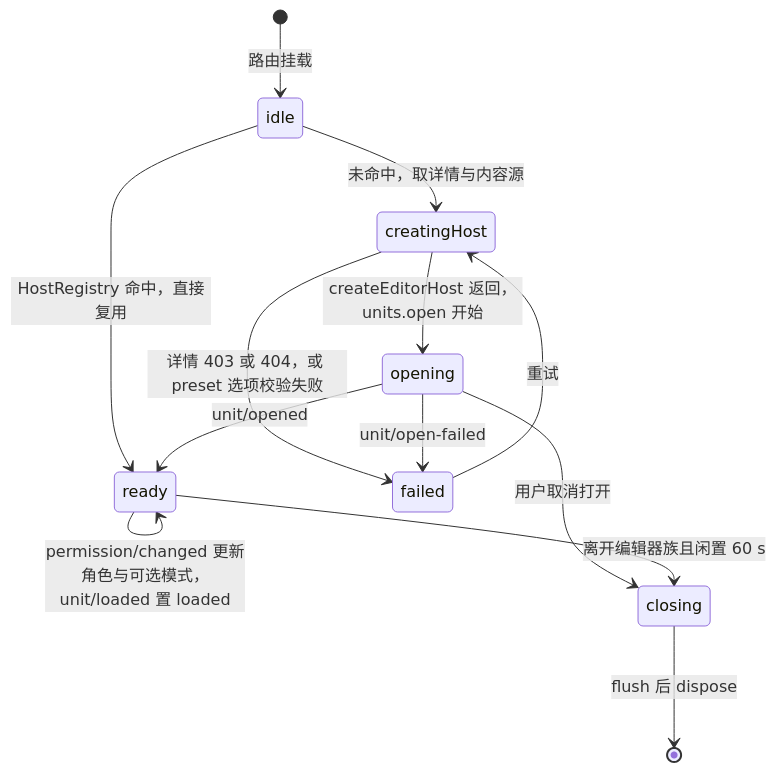
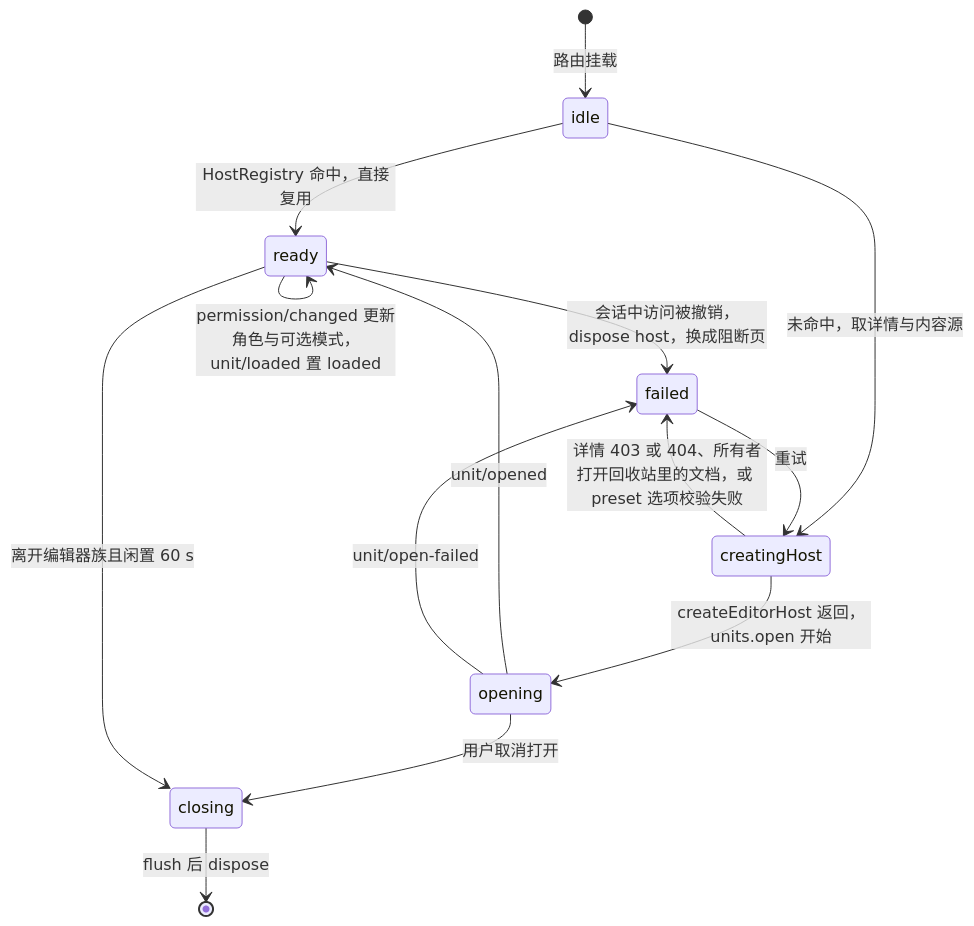
The fifth of 9 diagrams in docs/50-frontend/02-app-shell-routing-and-session.md (Xeonice/cordis-ppt-editor), drawn with Mermaid before and after one commit. The commit also changed other lines of this file and 25 other files, not shown here.

````diff
--- a/docs/50-frontend/02-app-shell-routing-and-session.md
+++ b/docs/50-frontend/02-app-shell-routing-and-session.md
@@ -277,15 +291,16 @@
 ```mermaid
 stateDiagram-v2
   [*] --> idle: 路由挂载
   idle --> ready: HostRegistry 命中，直接复用
   idle --> creatingHost: 未命中，取详情与内容源
   creatingHost --> opening: createEditorHost 返回，units.open 开始
-  creatingHost --> failed: 详情 403 或 404，或 preset 选项校验失败
+  creatingHost --> failed: 详情 403 或 404、所有者打开回收站里的文档，或 preset 选项校验失败
   opening --> ready: unit/opened
   opening --> failed: unit/open-failed
   opening --> closing: 用户取消打开
   ready --> ready: permission/changed 更新角色与可选模式，unit/loaded 置 loaded
+  ready --> failed: 会话中访问被撤销，dispose host，换成阻断页
   failed --> creatingHost: 重试
   ready --> closing: 离开编辑器族且闲置 60 s
   closing --> [*]: flush 后 dispose
 ```
````
